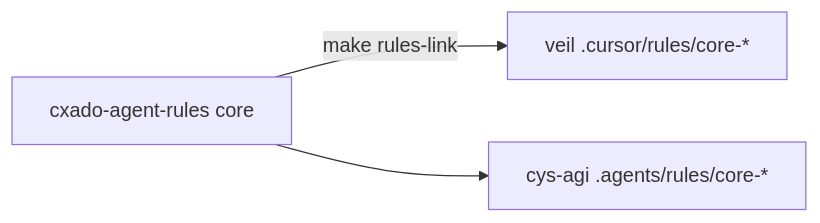
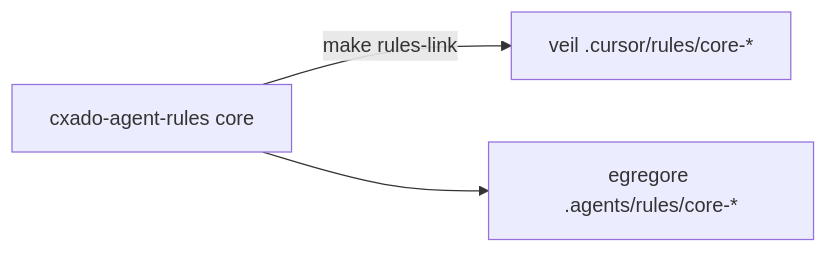
Before and after one commit to butbeatifulv/threat_intelligence: the first of 2 diagrams in docs/agents/cursor-rules-index.md, drawn with Mermaid. The commit also changed other lines of this file and 1 other file, not shown here.

Commit message:
Docs: canonical engage schemas in cxado shared/contracts.

````diff
--- a/docs/agents/cursor-rules-index.md
+++ b/docs/agents/cursor-rules-index.md
@@ -14,6 +14,6 @@
 ```mermaid
 flowchart LR
   hub[cxado-agent-rules core]
   hub -->|make rules-link| veil[veil .cursor/rules/core-*]
-  hub --> cys[cys-agi .agents/rules/core-*]
+  hub --> cys[egregore .agents/rules/core-*]
 ```
````
